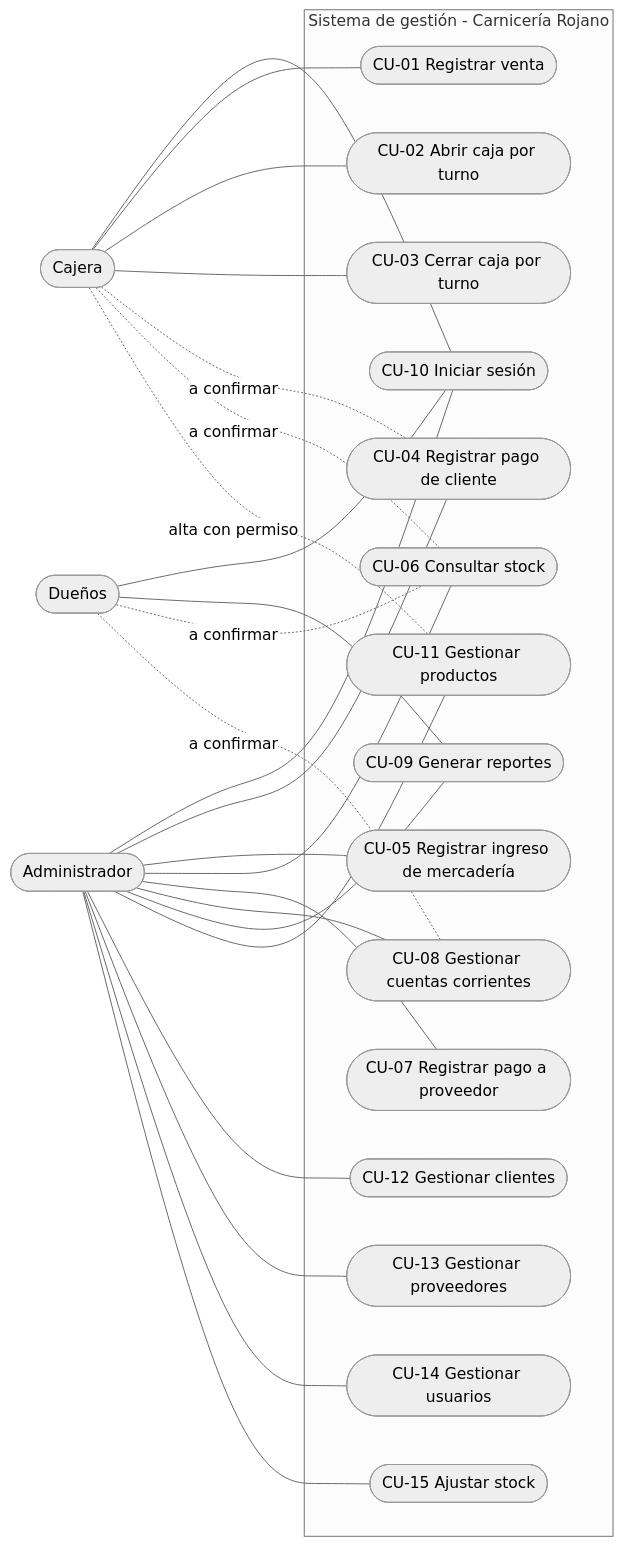
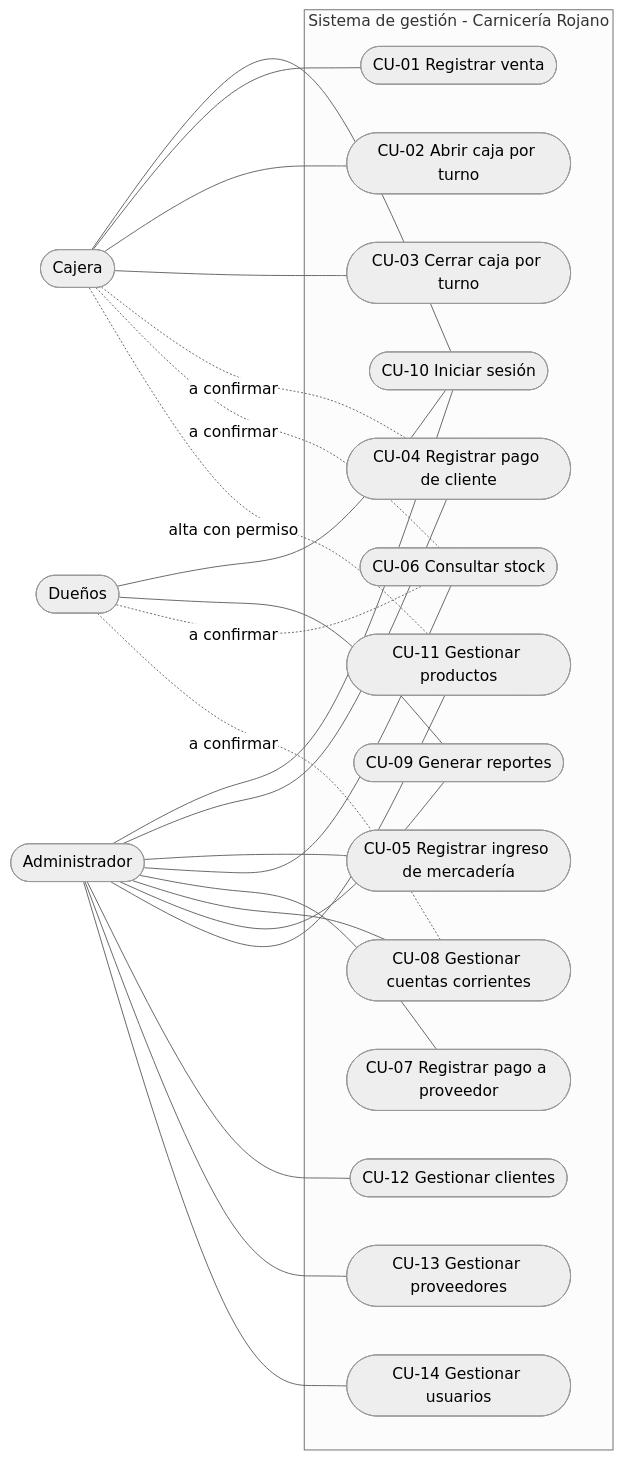
Before and after one commit to Ezequielnav/sistema-gestion-carniceria: the first of 2 diagrams in docs/04-casos-de-uso.md, drawn with Mermaid (neutral theme). The commit also changed other lines of this file and 25 other files, not shown here.

````diff
--- a/docs/04-casos-de-uso.md
+++ b/docs/04-casos-de-uso.md
@@ -53,50 +52,48 @@
 ```mermaid
 flowchart LR
     ADM(["Administrador"])
     CAJ(["Cajera"])
     DUE(["Dueños"])
 
     subgraph SIS["Sistema de gestión - Carnicería Rojano"]
         CU10(["CU-10 Iniciar sesión"])
         CU01(["CU-01 Registrar venta"])
         CU02(["CU-02 Abrir caja por turno"])
         CU03(["CU-03 Cerrar caja por turno"])
         CU04(["CU-04 Registrar pago de cliente"])
         CU05(["CU-05 Registrar ingreso de mercadería"])
         CU06(["CU-06 Consultar stock"])
         CU07(["CU-07 Registrar pago a proveedor"])
         CU08(["CU-08 Gestionar cuentas corrientes"])
         CU09(["CU-09 Generar reportes"])
         CU11(["CU-11 Gestionar productos"])
         CU12(["CU-12 Gestionar clientes"])
         CU13(["CU-13 Gestionar proveedores"])
         CU14(["CU-14 Gestionar usuarios"])
-        CU15(["CU-15 Ajustar stock"])
     end
 
     CAJ --- CU10
     CAJ --- CU01
     CAJ --- CU02
     CAJ --- CU03
     CAJ -. "a confirmar" .- CU04
     CAJ -. "a confirmar" .- CU06
     CAJ -. "alta con permiso" .- CU11
 
     ADM --- CU10
     ADM --- CU04
     ADM --- CU05
     ADM --- CU06
     ADM --- CU07
     ADM --- CU08
     ADM --- CU09
     ADM --- CU11
     ADM --- CU12
     ADM --- CU13
     ADM --- CU14
-    ADM --- CU15
 
     DUE --- CU10
     DUE --- CU09
     DUE -. "a confirmar" .- CU06
     DUE -. "a confirmar" .- CU08
 ```
````
